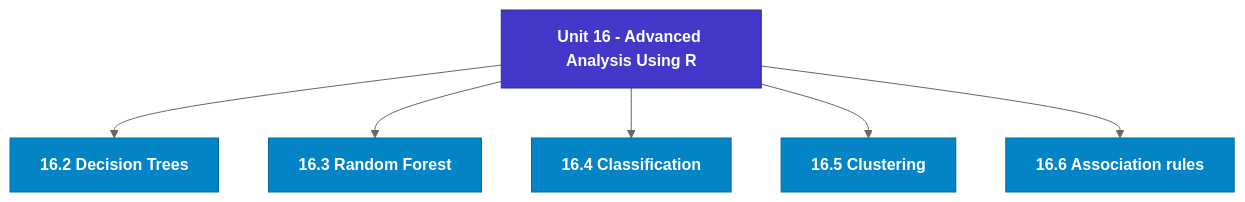
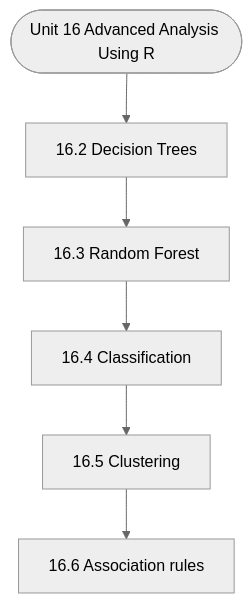
One commit to Asutosh-Coaching/mscdsa changed the diagram in notes/Semester_2/MCS-068_Predictive_Data_Analysis/unit_16_Advanced_Analysis_Using_R.md. Above: the diagram before and after it, drawn with Mermaid (neutral theme). The commit also changed other lines of this file and 115 other files, not shown here.

Commit message:
Fix Mermaid layout for mobile, isolate LaTeX delimiters, and add GitHub Pages reader

````diff
--- a/notes/Semester_2/MCS-068_Predictive_Data_Analysis/unit_16_Advanced_Analysis_Using_R.md
+++ b/notes/Semester_2/MCS-068_Predictive_Data_Analysis/unit_16_Advanced_Analysis_Using_R.md
@@ -19,19 +19,14 @@
 ```mermaid
 flowchart TD
-  %% Styling Definitions
-  classDef head fill:#4338ca,stroke:#312e81,color:#ffffff,font-weight:bold;
-  classDef topic fill:#0284c7,stroke:#0369a1,color:#ffffff,font-weight:600;
-  classDef sub fill:#1e293b,stroke:#475569,color:#f8fafc;
-
-  Root["Unit 16 - Advanced Analysis Using R"]:::head
-  M1["16.2 Decision Trees"]:::topic
-  Root --> M1
-  M2["16.3 Random Forest"]:::topic
-  Root --> M2
-  M3["16.4 Classification"]:::topic
-  Root --> M3
-  M4["16.5 Clustering"]:::topic
-  Root --> M4
-  M5["16.6 Association rules"]:::topic
-  Root --> M5
+  Start(["Unit 16 Advanced Analysis Using R"])
+  N1["16.2 Decision Trees"]
+  N2["16.3 Random Forest"]
+  N3["16.4 Classification"]
+  N4["16.5 Clustering"]
+  N5["16.6 Association rules"]
+  Start --> N1
+  N1 --> N2
+  N2 --> N3
+  N3 --> N4
+  N4 --> N5
 ```
````
